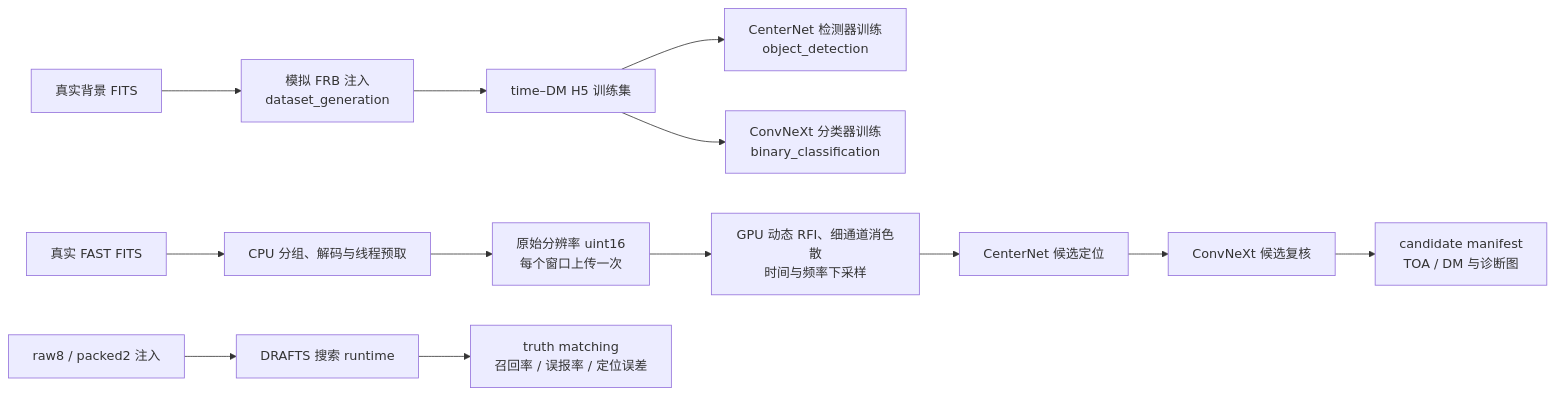
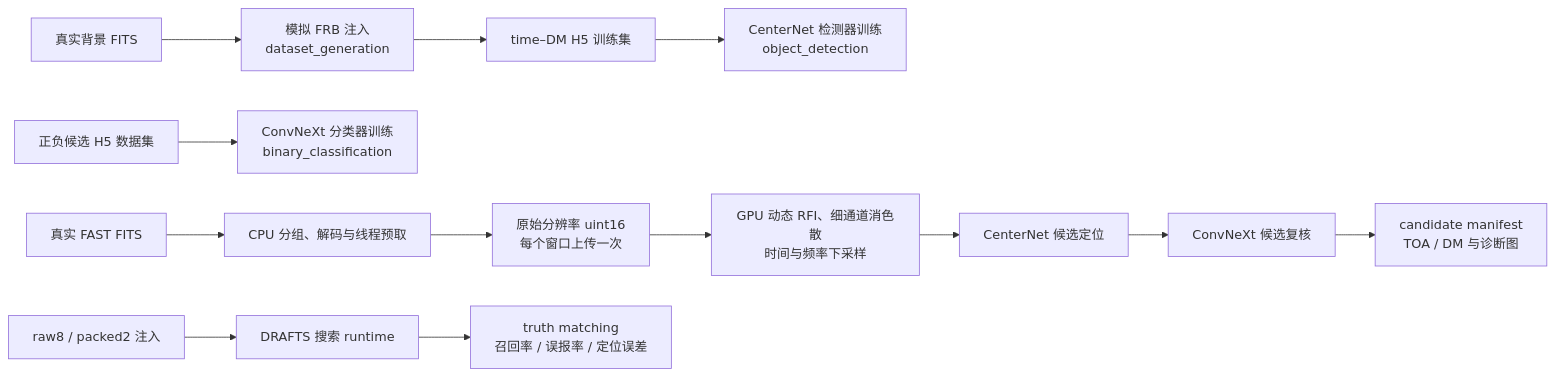
One commit to SukiYume/DRAFTS changed the diagram in README.md. Above: the diagram before and after it, drawn with Mermaid. The commit also changed other lines of this file and 17 other files, not shown here.

````diff
--- a/README.md
+++ b/README.md
@@ -67,15 +67,15 @@
 ```mermaid
 flowchart LR
     A["真实背景 FITS"] --> B["模拟 FRB 注入<br/>dataset_generation"]
     B --> C["time–DM H5 训练集"]
     C --> D["CenterNet 检测器训练<br/>object_detection"]
-    C --> E["ConvNeXt 分类器训练<br/>binary_classification"]
+    BC["正负候选 H5 数据集"] --> E["ConvNeXt 分类器训练<br/>binary_classification"]
     F["真实 FAST FITS"] --> P["CPU 分组、解码与线程预取"]
     P --> U["原始分辨率 uint16<br/>每个窗口上传一次"]
     U --> G["GPU 动态 RFI、细通道消色散<br/>时间与频率下采样"]
     G --> D2["CenterNet 候选定位"]
     D2 --> E2["ConvNeXt 候选复核"]
     E2 --> H["candidate manifest<br/>TOA / DM 与诊断图"]
     I["raw8 / packed2 注入"] --> J["DRAFTS 搜索 runtime"]
     J --> K["truth matching<br/>召回率 / 误报率 / 定位误差"]
 ```
````
